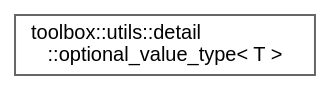
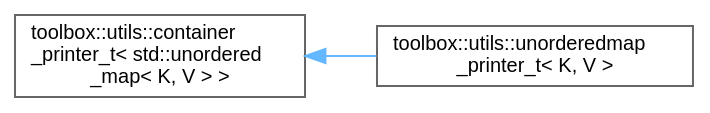
One commit to nerdneilsfield/cpp-toolbox changed the diagram in inherit_graph_77.dot. Above: the diagram before and after it, drawn with Graphviz. The commit also changed 240 other files, not shown here.

```diff
--- a/inherit_graph_77.dot
+++ b/inherit_graph_77.dot
@@ -1,9 +1,11 @@
 digraph "Graphical Class Hierarchy"
 {
  // LATEX_PDF_SIZE
   bgcolor="transparent";
   edge [fontname=Helvetica,fontsize=10,labelfontname=Helvetica,labelfontsize=10];
   node [fontname=Helvetica,fontsize=10,shape=box,height=0.2,width=0.4];
   rankdir="LR";
-  Node0 [id="Node000000",label="toolbox::utils::detail\l::optional_value_type\< T \>",height=0.2,width=0.4,color="grey40", fillcolor="white", style="filled",URL="$structtoolbox_1_1utils_1_1detail_1_1optional__value__type.html",tooltip=" "];
+  Node0 [id="Node000000",label="toolbox::utils::container\l_printer_t\< std::unordered\l_map\< K, V \> \>",height=0.2,width=0.4,color="grey40", fillcolor="white", style="filled",URL="$classtoolbox_1_1utils_1_1container__printer__t.html",tooltip=" "];
+  Node0 -> Node1 [id="edge50_Node000000_Node000001",dir="back",color="steelblue1",style="solid",tooltip=" "];
+  Node1 [id="Node000001",label="toolbox::utils::unorderedmap\l_printer_t\< K, V \>",height=0.2,width=0.4,color="grey40", fillcolor="white", style="filled",URL="$classtoolbox_1_1utils_1_1unorderedmap__printer__t.html",tooltip="Unordered Map 打印器/Unordered map printer."];
 }
```
